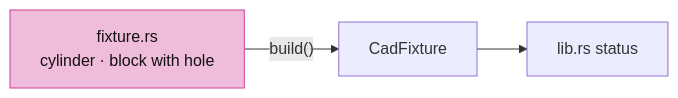
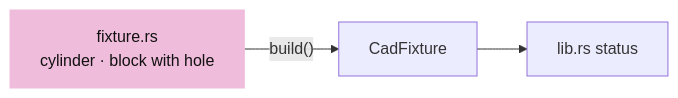
One commit to petrasvestartas/session changed the tenth of 10 diagrams in session_viewer/docs/07-boundaries.md. Above: the diagram before and after it, drawn with Mermaid. The commit also changed other lines of this file and 324 other files, not shown here.

````diff
--- a/session_viewer/docs/07-boundaries.md
+++ b/session_viewer/docs/07-boundaries.md
@@ -232,6 +278,6 @@
 ```mermaid
 flowchart LR
     X["fixture.rs<br/>cylinder · block with hole"] -- "build()" --> F["CadFixture"]
     F --> L["lib.rs status"]
-    style X fill:#f0bcdb,stroke:#ce4095,color:#111
+    style X fill:#f0bcdb,stroke:#f0bcdb,color:#111
 ```
````
